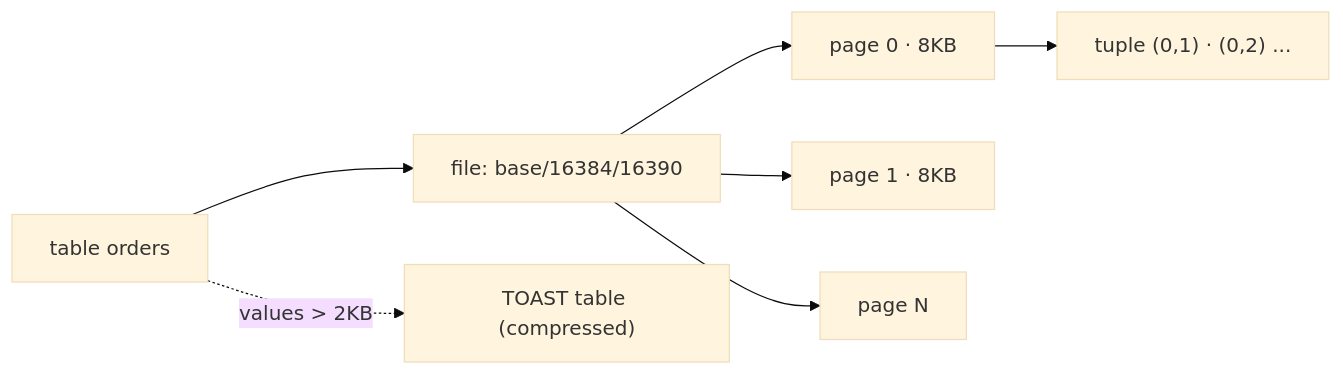
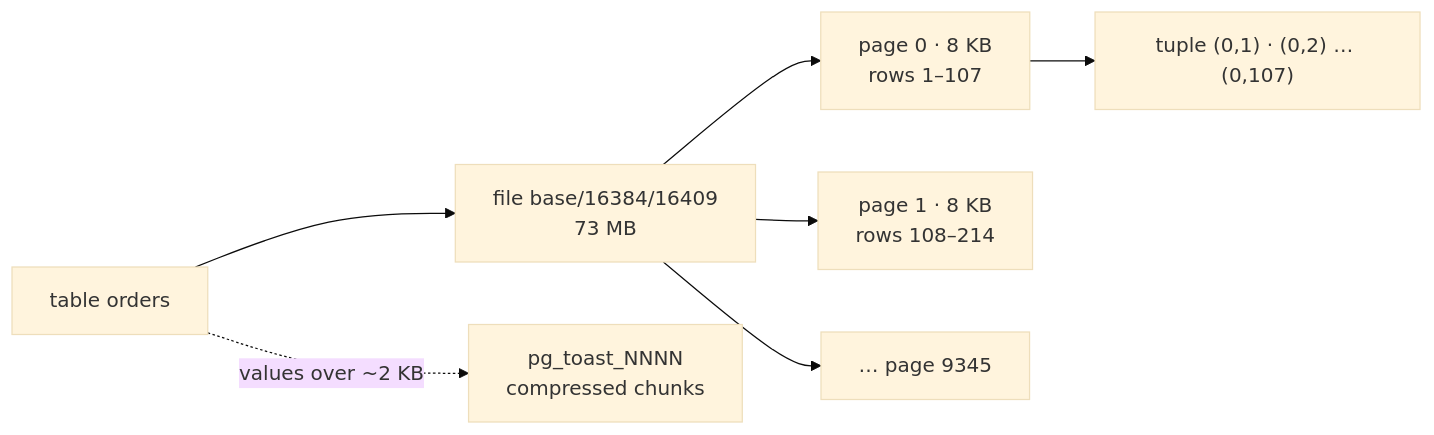
Before and after one commit to wesamkhateeb98-creator/postgresql-zero-to-hero: the first of 3 diagrams in Doc/07-internals/01-storage-pages.md, drawn with Mermaid (base theme). The commit also changed other lines of this file and 29 other files, not shown here.

````diff
--- a/Doc/07-internals/01-storage-pages.md
+++ b/Doc/07-internals/01-storage-pages.md
@@ -5,9 +11,9 @@
 ```mermaid
 flowchart LR
-    T["table orders"] --> F["file: base/16384/16390"]
-    F --> P0["page 0 · 8KB"]
-    F --> P1["page 1 · 8KB"]
-    F --> PN["page N"]
-    P0 --> TU["tuple (0,1) · (0,2) ..."]
-    T -.->|"values > 2KB"| TO["TOAST table (compressed)"]
+    T["table orders"] --> F["file base/16384/16409<br/>73 MB"]
+    F --> P0["page 0 · 8 KB<br/>rows 1–107"]
+    F --> P1["page 1 · 8 KB<br/>rows 108–214"]
+    F --> PN["… page 9345"]
+    P0 --> TU["tuple (0,1) · (0,2) … (0,107)"]
+    T -.->|"values over ~2 KB"| TO["pg_toast_NNNN<br/>compressed chunks"]
 ```
````
